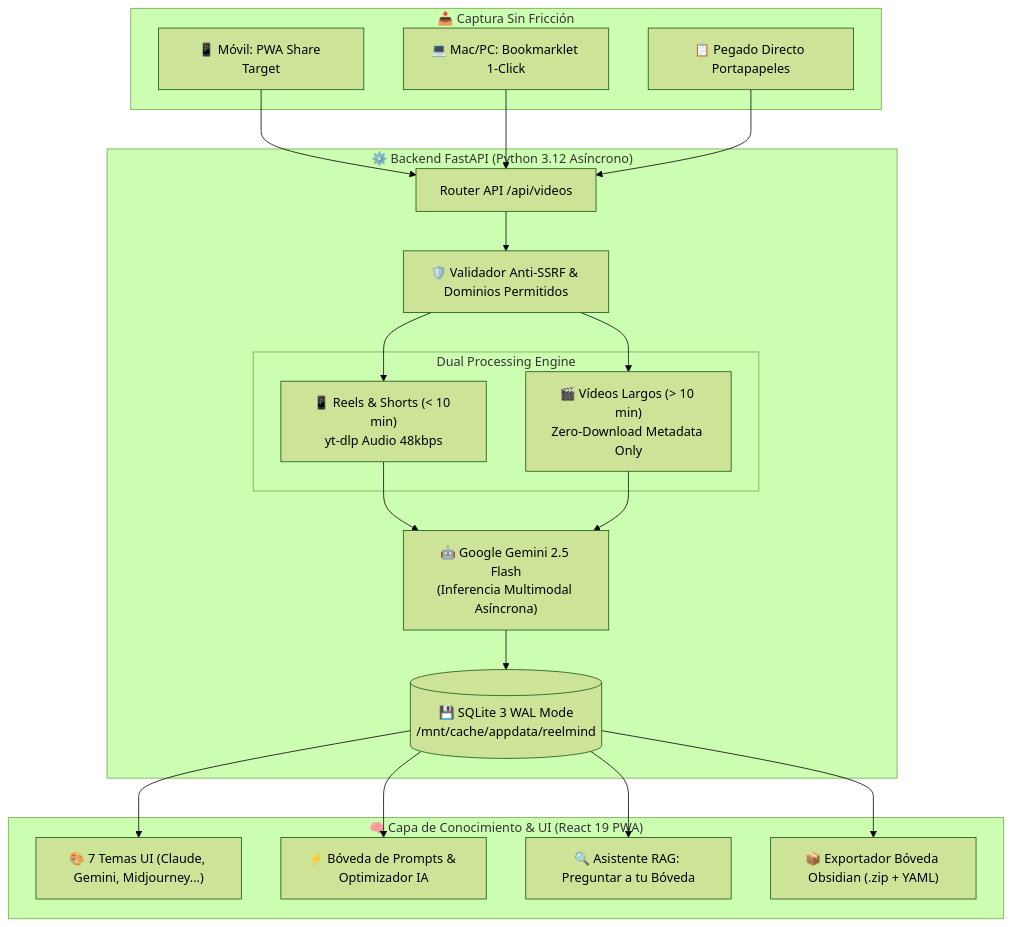
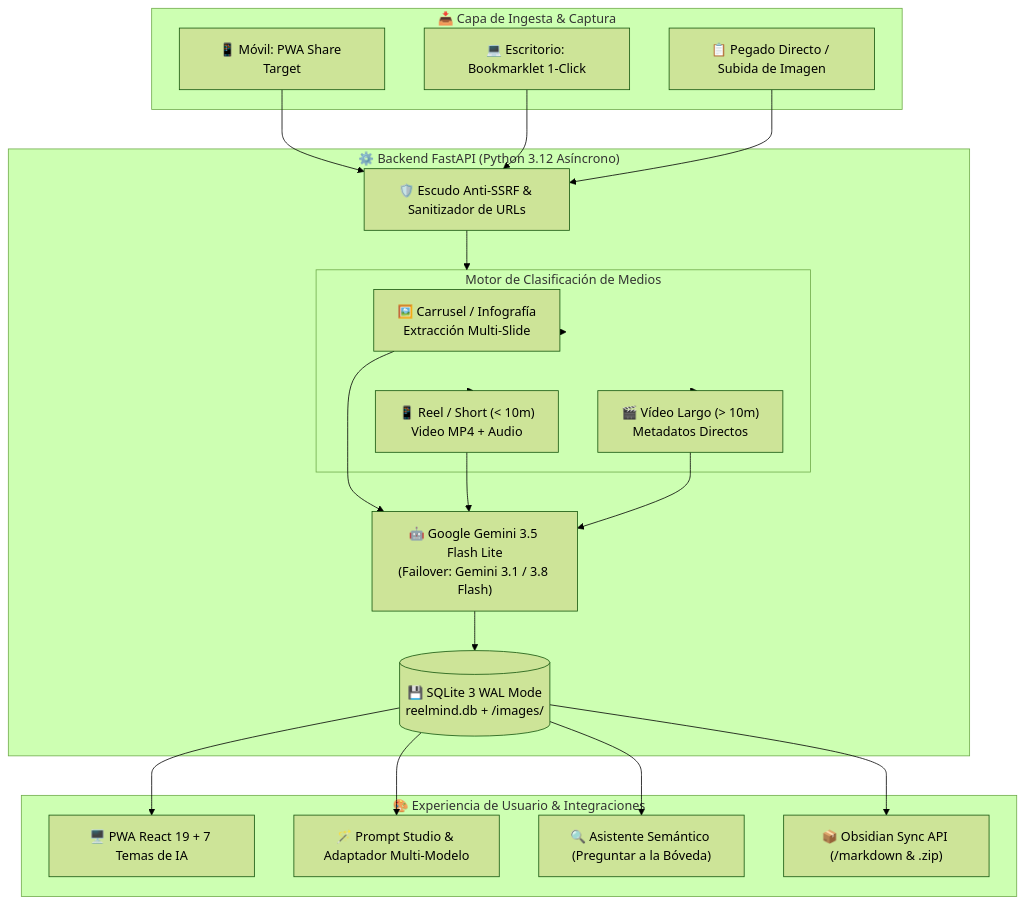
One commit to Wacko87/reelmind changed the diagram in README.md. Above: the diagram before and after it, drawn with Mermaid (forest theme). The commit also changed other lines of this file and 2 other files, not shown here.

````diff
--- a/README.md
+++ b/README.md
@@ -41,42 +59,44 @@
 ```mermaid
 flowchart TD
-    subgraph INGESTION ["📥 Captura Sin Fricción"]
+    subgraph INGESTION ["📥 Capa de Ingesta & Captura"]
         M1["📱 Móvil: PWA Share Target"]
-        M2["💻 Mac/PC: Bookmarklet 1-Click"]
-        M3["📋 Pegado Directo Portapapeles"]
+        M2["💻 Escritorio: Bookmarklet 1-Click"]
+        M3["📋 Pegado Directo / Subida de Imagen"]
     end
 
     subgraph BACKEND ["⚙️ Backend FastAPI (Python 3.12 Asíncrono)"]
-        RT["Router API /api/videos"]
-        VAL["🛡️ Validador Anti-SSRF & Dominios Permitidos"]
+        VAL["🛡️ Escudo Anti-SSRF & Sanitizador de URLs"]
         
-        subgraph PIPELINE ["Dual Processing Engine"]
-            P_REEL["📱 Reels & Shorts (< 10 min)<br/>yt-dlp Audio 48kbps"]
-            P_LONG["🎬 Vídeos Largos (> 10 min)<br/>Zero-Download Metadata Only"]
+        subgraph ROUTING ["Motor de Clasificación de Medios"]
+            DIR_IMG["🖼️ Carrusel / Infografía<br/>Extracción Multi-Slide"]
+            DIR_REEL["📱 Reel / Short (< 10m)<br/>Video MP4 + Audio"]
+            DIR_LONG["🎬 Vídeo Largo (> 10m)<br/>Metadatos Directos"]
         end
         
-        GEM["🤖 Google Gemini 2.5 Flash<br/>(Inferencia Multimodal Asíncrona)"]
-        DB[(💾 SQLite 3 WAL Mode<br/>/mnt/cache/appdata/reelmind)]
+        AI["🤖 Google Gemini 3.5 Flash Lite<br/>(Failover: Gemini 3.1 / 3.8 Flash)"]
+        DB[(💾 SQLite 3 WAL Mode<br/>reelmind.db + /images/)]
     end
 
-    subgraph KNOWLEDGE ["🧠 Capa de Conocimiento & UI (React 19 PWA)"]
-        UI["🎨 7 Temas UI (Claude, Gemini, Midjourney...)"]
-        VAULT["⚡ Bóveda de Prompts & Optimizador IA"]
-        RAG["🔍 Asistente RAG: Preguntar a tu Bóveda"]
-        OBS["📦 Exportador Bóveda Obsidian (.zip + YAML)"]
+    subgraph CLIENT ["🎨 Experiencia de Usuario & Integraciones"]
+        UI["🖥️ PWA React 19 + 7 Temas de IA"]
+        VAULT["🪄 Prompt Studio & Adaptador Multi-Modelo"]
+        RAG["🔍 Asistente Semántico (Preguntar a la Bóveda)"]
+        OBS["📦 Obsidian Sync API (/markdown & .zip)"]
     end
 
-    M1 --> RT
-    M2 --> RT
-    M3 --> RT
-    RT --> VAL
-    VAL --> P_REEL
-    VAL --> P_LONG
-    P_REEL --> GEM
-    P_LONG --> GEM
-    GEM --> DB
+    M1 --> VAL
+    M2 --> VAL
+    M3 --> VAL
+    VAL --> ROUTING
+    ROUTING --> DIR_IMG
+    ROUTING --> DIR_REEL
+    ROUTING --> DIR_LONG
+    DIR_IMG --> AI
+    DIR_REEL --> AI
+    DIR_LONG --> AI
+    AI --> DB
     DB --> UI
     DB --> VAULT
     DB --> RAG
     DB --> OBS
 ```
````
